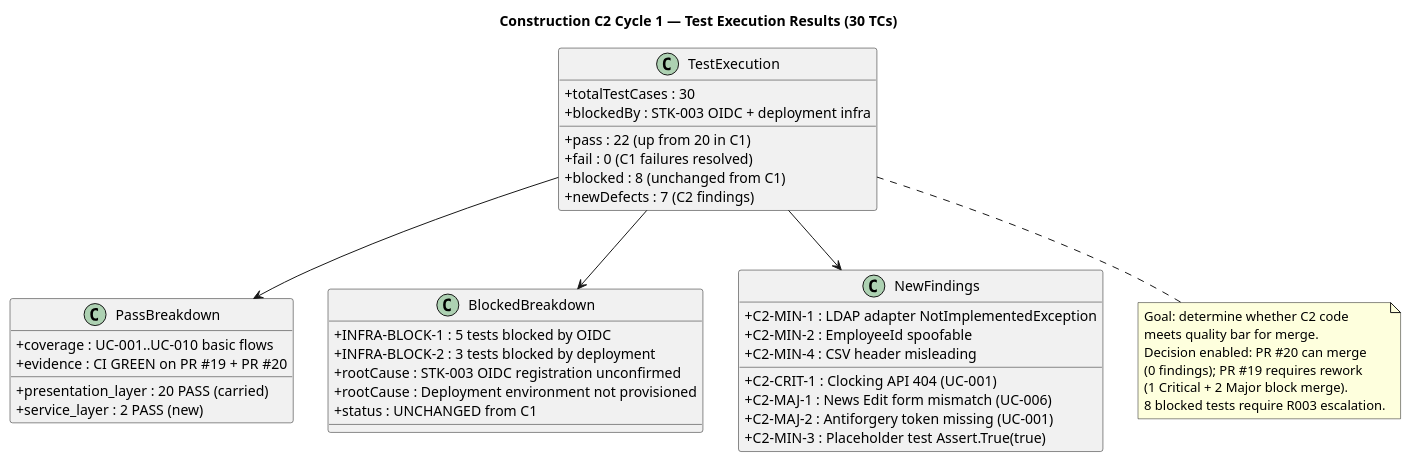
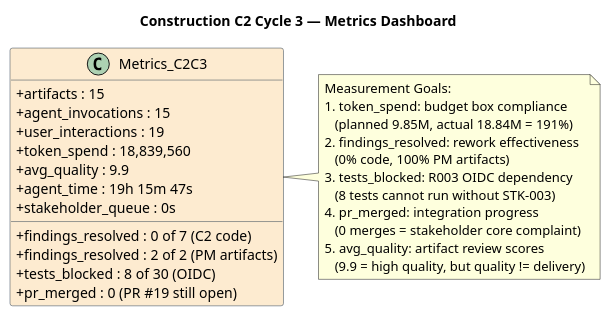
One commit to banense-test/portal-cuba-corp changed the third of 3 diagrams in docs/artifacts/project-management/iteration-assessment.md. Above: the diagram before and after it, drawn with PlantUML. The commit also changed other lines of this file, not shown here.

````diff
--- a/docs/artifacts/project-management/iteration-assessment.md
+++ b/docs/artifacts/project-management/iteration-assessment.md
@@ -235,55 +218,38 @@
 ```plantuml
 @startuml
-title Construction C2 Cycle 1 — Test Execution Results (30 TCs)
+title Construction C2 Cycle 3 — Metrics Dashboard
 
+skinparam classBorderColor #2C3E50
+skinparam classBackgroundColor #FDEBD0
 skinparam classAttributeIconSize 0
 
-class TestExecution {
-  + totalTestCases : 30
-  + pass : 22 (up from 20 in C1)
-  + fail : 0 (C1 failures resolved)
-  + blocked : 8 (unchanged from C1)
-  + newDefects : 7 (C2 findings)
-  + blockedBy : STK-003 OIDC + deployment infra
+class Metrics_C2C3 {
+  + artifacts : 15
+  + agent_invocations : 15
+  + user_interactions : 19
+  + token_spend : 18,839,560
+  + avg_quality : 9.9
+  + agent_time : 19h 15m 47s
+  + stakeholder_queue : 0s
+  + findings_resolved : 0 of 7 (C2 code)
+  + findings_resolved : 2 of 2 (PM artifacts)
+  + tests_blocked : 8 of 30 (OIDC)
+  + pr_merged : 0 (PR #19 still open)
 }
 
-class PassBreakdown {
-  + presentation_layer : 20 PASS (carried)
-  + service_layer : 2 PASS (new)
-  + coverage : UC-001..UC-010 basic flows
-  + evidence : CI GREEN on PR #19 + PR #20
-}
-
-class BlockedBreakdown {
-  + INFRA-BLOCK-1 : 5 tests blocked by OIDC
-  + INFRA-BLOCK-2 : 3 tests blocked by deployment
-  + rootCause : STK-003 OIDC registration unconfirmed
-  + rootCause : Deployment environment not provisioned
-  + status : UNCHANGED from C1
-}
-
-class NewFindings {
-  + C2-CRIT-1 : Clocking API 404 (UC-001)
-  + C2-MAJ-1 : News Edit form mismatch (UC-006)
-  + C2-MAJ-2 : Antiforgery token missing (UC-001)
-  + C2-MIN-1 : LDAP adapter NotImplementedException
-  + C2-MIN-2 : EmployeeId spoofable
-  + C2-MIN-3 : Placeholder test Assert.True(true)
-  + C2-MIN-4 : CSV header misleading
-}
-
-TestExecution --> PassBreakdown
-TestExecution --> BlockedBreakdown
-TestExecution --> NewFindings
-
-note bottom of TestExecution
-  Goal: determine whether C2 code
-  meets quality bar for merge.
-  Decision enabled: PR #20 can merge
-  (0 findings); PR #19 requires rework
-  (1 Critical + 2 Major block merge).
-  8 blocked tests require R003 escalation.
+note right of Metrics_C2C3
+  Measurement Goals:
+  1. token_spend: budget box compliance
+     (planned 9.85M, actual 18.84M = 191%)
+  2. findings_resolved: rework effectiveness
+     (0% code, 100% PM artifacts)
+  3. tests_blocked: R003 OIDC dependency
+     (8 tests cannot run without STK-003)
+  4. pr_merged: integration progress
+     (0 merges = stakeholder core complaint)
+  5. avg_quality: artifact review scores
+     (9.9 = high quality, but quality != delivery)
 end note
 
 @enduml
 ```
````
